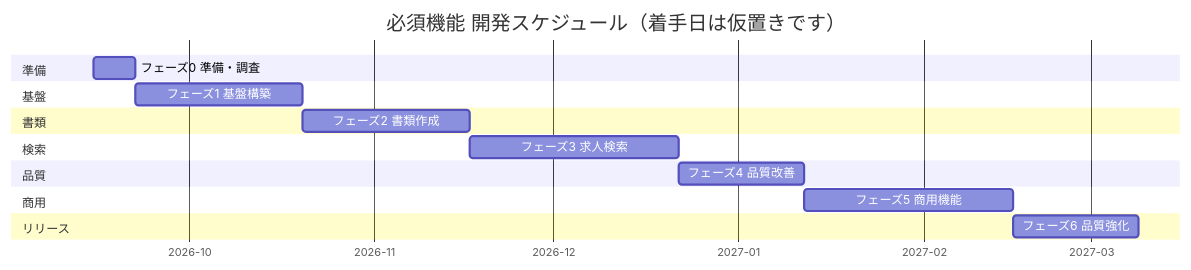
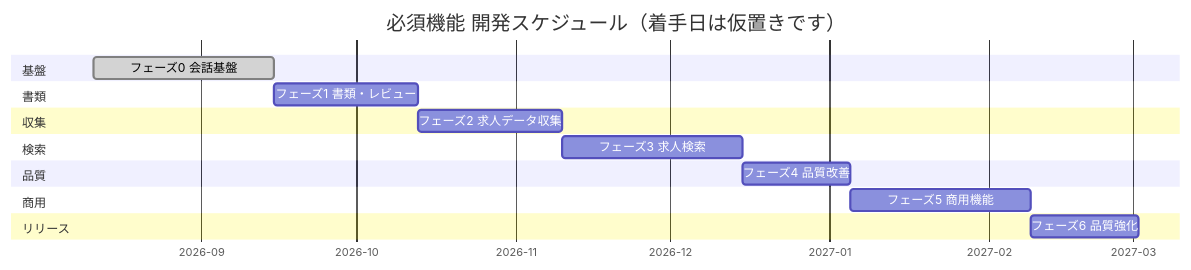
The sixth of 7 diagrams in documentation/markdown/ja/プロジェクトスケジュール.md (KashouMMT/llm-system), drawn with Mermaid before and after one commit. The commit also changed other lines of this file and 36 other files, not shown here.

````diff
--- a/documentation/markdown/ja/プロジェクトスケジュール.md
+++ b/documentation/markdown/ja/プロジェクトスケジュール.md
@@ -386,20 +418,20 @@
 ```mermaid
 gantt
     title 必須機能 開発スケジュール（着手日は仮置きです）
     dateFormat YYYY-MM-DD
     axisFormat %Y-%m
-    section 準備
-    フェーズ0 準備・調査     :p0, 2026-09-15, 1w
     section 基盤
-    フェーズ1 基盤構築       :p1, after p0, 4w
+    フェーズ0 会話基盤       :done, p0, 2026-08-11, 5w
     section 書類
-    フェーズ2 書類作成       :p2, after p1, 4w
+    フェーズ1 書類・レビュー :p1, 2026-09-15, 4w
+    section 収集
+    フェーズ2 求人データ収集 :p2, after p1, 4w
     section 検索
     フェーズ3 求人検索       :p3, after p2, 5w
     section 品質
     フェーズ4 品質改善       :p4, after p3, 3w
     section 商用
     フェーズ5 商用機能       :p5, after p4, 5w
     section リリース
     フェーズ6 品質強化       :p6, after p5, 3w
 ```
````
